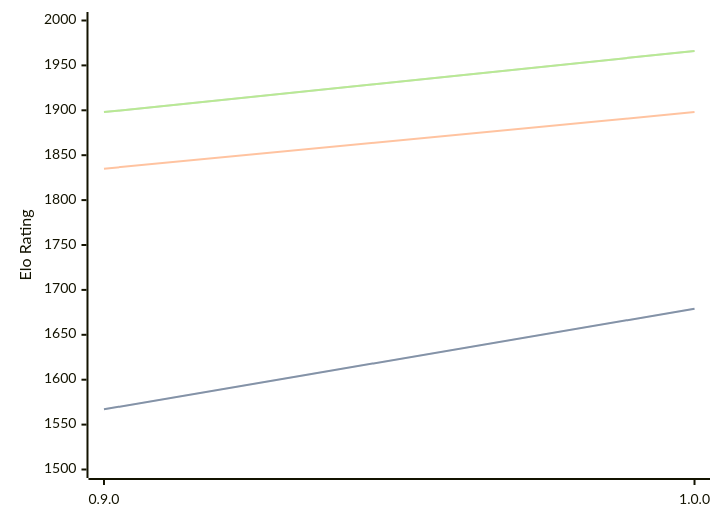
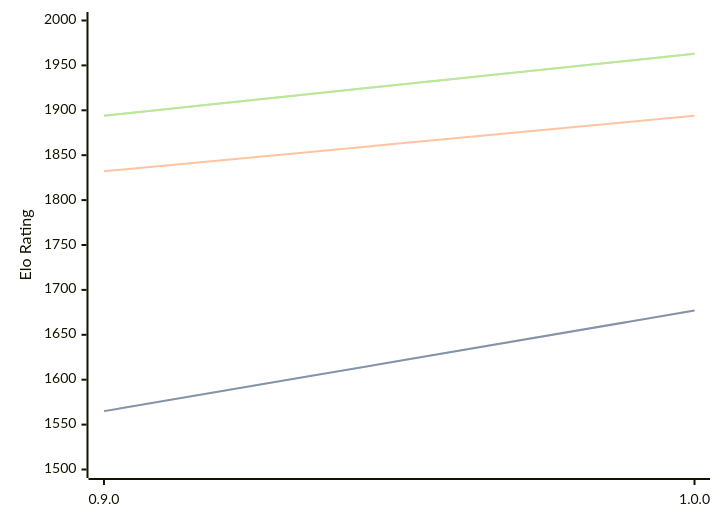
The diagram in engines/Ratsu.md (computer-chess-index/cci), drawn with Mermaid before and after one commit. The commit also changed other lines of this file, not shown here.

Commit message:
Update CCI Ratings (ELO VLTC) - 2026-03-11

````diff
--- a/engines/Ratsu.md
+++ b/engines/Ratsu.md
@@ -30,11 +30,11 @@
 ```mermaid
 %%{init: {"theme":"base","themeVariables":{"seriesColors:['#a3a3a3','#222221','#faa371']}}}%%
 xychart-beta
   x-axis ["0.9.0", "1.0.0"]
   y-axis "Elo Rating" 1500 --> 2000
-  line "STC (8.0+0.08s)" [1567, 1679]
-  line "STC (8.0+0.08s)" [1567, 1679]
-  line "LTC (60.0+0.60s)" [1835, 1898]
-  line "VLTC (2m24s+1.12s)" [1898, 1966]
-  line "VLTC (2m24s+1.12s)" [1898, 1966]
+  line "STC (8.0+0.08s)" [1565, 1677]
+  line "STC (8.0+0.08s)" [1565, 1677]
+  line "LTC (60.0+0.60s)" [1832, 1894]
+  line "VLTC (2m24s+1.12s)" [1894, 1963]
+  line "VLTC (2m24s+1.12s)" [1894, 1963]
 ```
````
